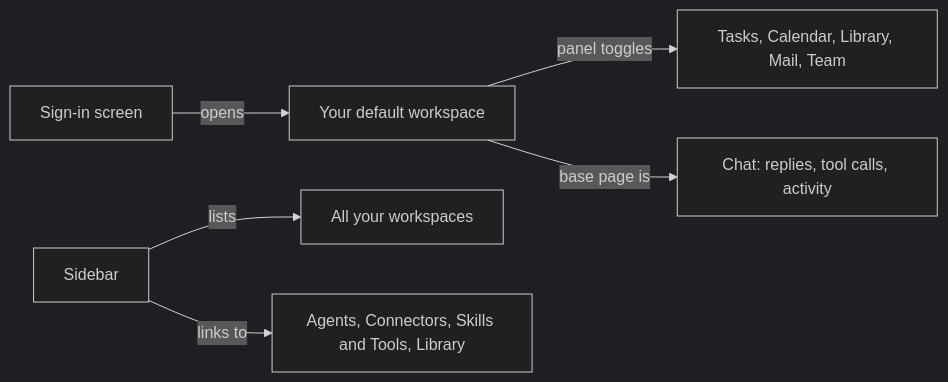
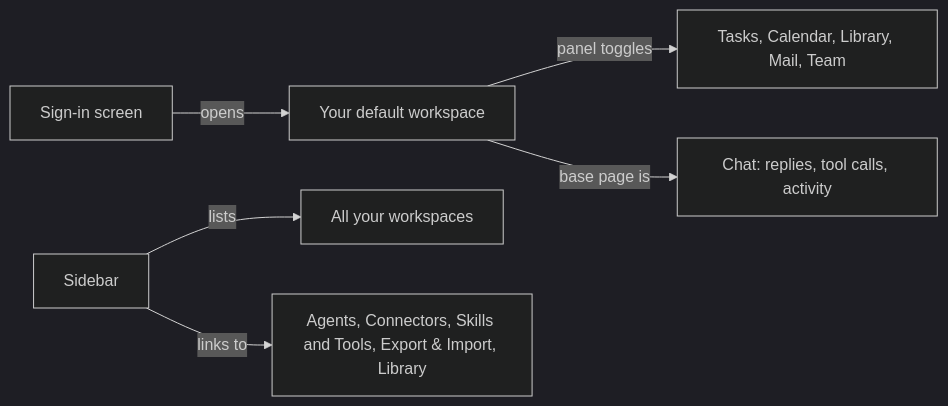
The diagram in docs/using-omnipus-ui.md (elicify-ai/omnipus), drawn with Mermaid (dark theme) before and after one commit. The commit also changed other lines of this file and 5 other files, not shown here.

Commit message:
docs(#1967): B1 Export & Import page and pointers (DOC-001..006)

````diff
--- a/docs/using-omnipus-ui.md
+++ b/docs/using-omnipus-ui.md
@@ -11,8 +11,8 @@
 ```mermaid
 flowchart LR
   SignIn[Sign-in screen] -->|opens| Workspace[Your default workspace]
   Bar[Sidebar] -->|lists| Workspaces[All your workspaces]
-  Bar -->|links to| Screens[Agents, Connectors, Skills and Tools, Library]
+  Bar -->|links to| Screens[Agents, Connectors, Skills and Tools, Export & Import, Library]
   Workspace -->|panel toggles| Panels[Tasks, Calendar, Library, Mail, Team]
   Workspace -->|base page is| Chat[Chat: replies, tool calls, activity]
 ```
````
